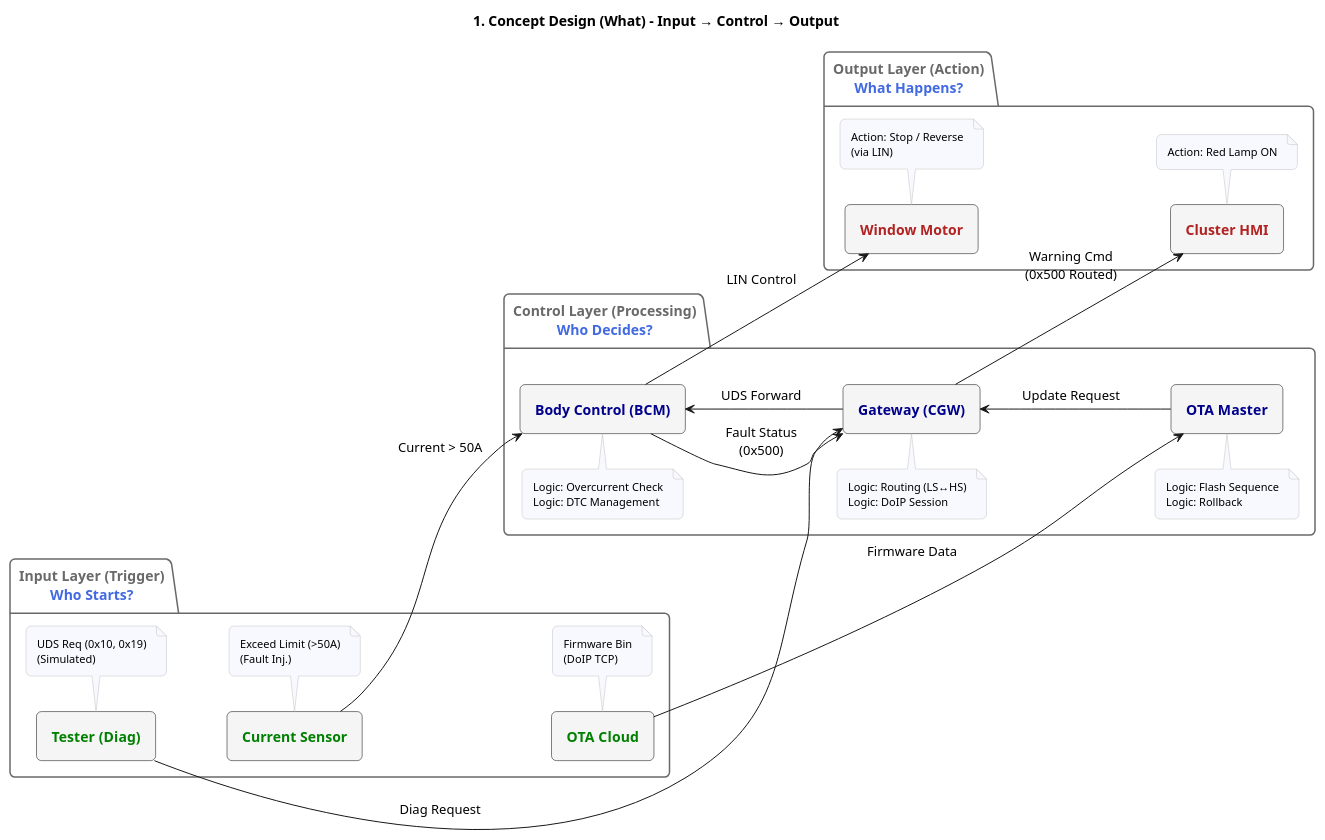
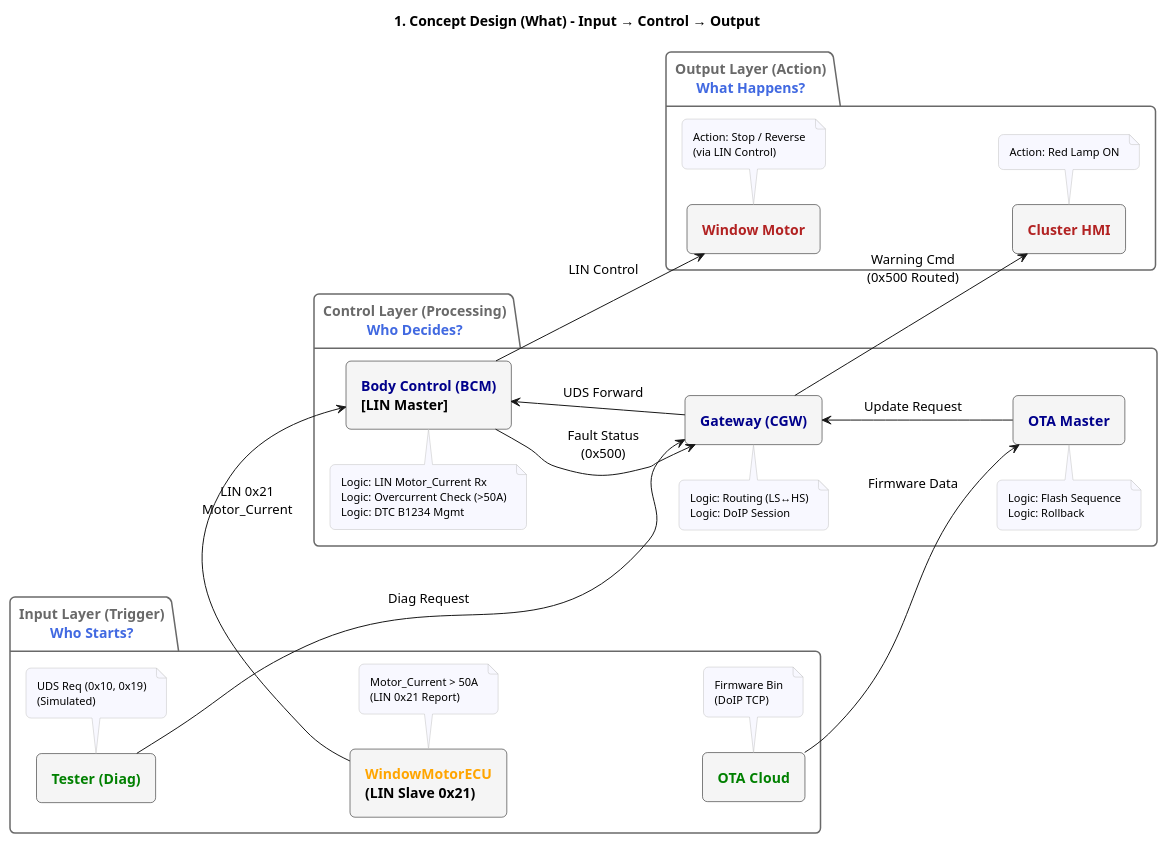
One commit to VectorCANoe/canoe-driving-alert changed the diagram in docs/sample/02_System_Architecture.puml. Above: the diagram before and after it, drawn with PlantUML. The commit also changed 20 other files, not shown here.

```diff
--- a/docs/sample/02_System_Architecture.puml
+++ b/docs/sample/02_System_Architecture.puml
@@ -1,82 +1,81 @@
 @startuml
 title 1. Concept Design (What) - Input → Control → Output
 left to right direction
 skinparam componentStyle rectangle
 skinparam shadowing false
 skinparam handwritten false
 skinparam roundcorner 10
 skinparam padding 5
 
 ' --- Colors & Style ---
 skinparam package {
     BackgroundColor White
     BorderColor DimGray
     FontColor DimGray
 }
 
 skinparam component {
     BackgroundColor WhiteSmoke
     BorderColor Black
     FontSize 14
     FontStyle bold
 }
 
 skinparam note {
     BackgroundColor GhostWhite
     BorderColor Silver
     FontSize 11
 }
 
 ' --- Elements ---
 package "Input Layer (Trigger)\n<color:RoyalBlue>Who Starts?</color>" as INPUT {
     component "<color:Green>Tester (Diag)</color>" as TESTER
-    component "<color:Green>Current Sensor</color>" as SENSOR
+    component "<color:Orange>WindowMotorECU</color>\n(LIN Slave 0x21)" as WM_ECU
     component "<color:Green>OTA Cloud</color>" as CLOUD
 
     note bottom of TESTER : UDS Req (0x10, 0x19)\n(Simulated)
-    note bottom of SENSOR : Exceed Limit (>50A)\n(Fault Inj.)
+    note bottom of WM_ECU : Motor_Current > 50A\n(LIN 0x21 Report)
     note bottom of CLOUD : Firmware Bin\n(DoIP TCP)
 }
 
 package "Control Layer (Processing)\n<color:RoyalBlue>Who Decides?</color>" as CONTROL {
-    component "<color:DarkBlue>Body Control (BCM)</color>" as BCM
+    component "<color:DarkBlue>Body Control (BCM)</color>\n[LIN Master]" as BCM
     component "<color:DarkBlue>Gateway (CGW)</color>" as GW
     component "<color:DarkBlue>OTA Master</color>" as OTA
 
-    note top of BCM : Logic: Overcurrent Check\nLogic: DTC Management
+    note top of BCM : Logic: LIN Motor_Current Rx\nLogic: Overcurrent Check (>50A)\nLogic: DTC B1234 Mgmt
     note top of GW : Logic: Routing (LS↔HS)\nLogic: DoIP Session
     note top of OTA : Logic: Flash Sequence\nLogic: Rollback
 }
 
 package "Output Layer (Action)\n<color:RoyalBlue>What Happens?</color>" as OUTPUT {
     component "<color:FireBrick>Window Motor</color>" as MOTOR
     component "<color:FireBrick>Cluster HMI</color>" as CLUSTER
 
-    note bottom of MOTOR : Action: Stop / Reverse\n(via LIN)
+    note bottom of MOTOR : Action: Stop / Reverse\n(via LIN Control)
     note bottom of CLUSTER : Action: Red Lamp ON
 }
 
 ' --- Connections (Hidden Lines for Layout) ---
-' Adjust vertical alignment within packages
-TESTER -[hidden]- SENSOR
-SENSOR -[hidden]- CLOUD
+TESTER -[hidden]- WM_ECU
+WM_ECU -[hidden]- CLOUD
 
 BCM -[hidden]- GW
 GW -[hidden]- OTA
 
 MOTOR -[hidden]- CLUSTER
 
 ' --- Real Connections ---
 TESTER --> GW : "Diag Request"
-SENSOR --> BCM : "Current > 50A"
+WM_ECU -right-> BCM : "LIN 0x21\nMotor_Current"
 CLOUD --> OTA : "Firmware Data"
 
 GW --> BCM : "UDS Forward"
 OTA --> GW : "Update Request"
 
 BCM --> GW : "Fault Status\n(0x500)"
 BCM -right-> MOTOR : "LIN Control"
 
 GW --> CLUSTER : "Warning Cmd\n(0x500 Routed)"
 
 @enduml
```
